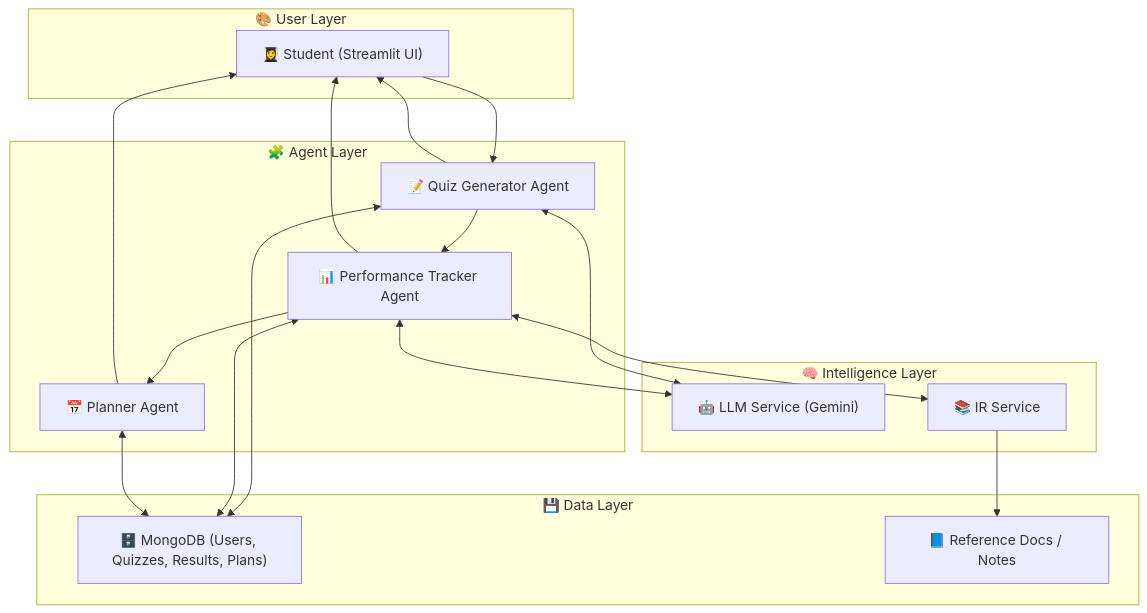
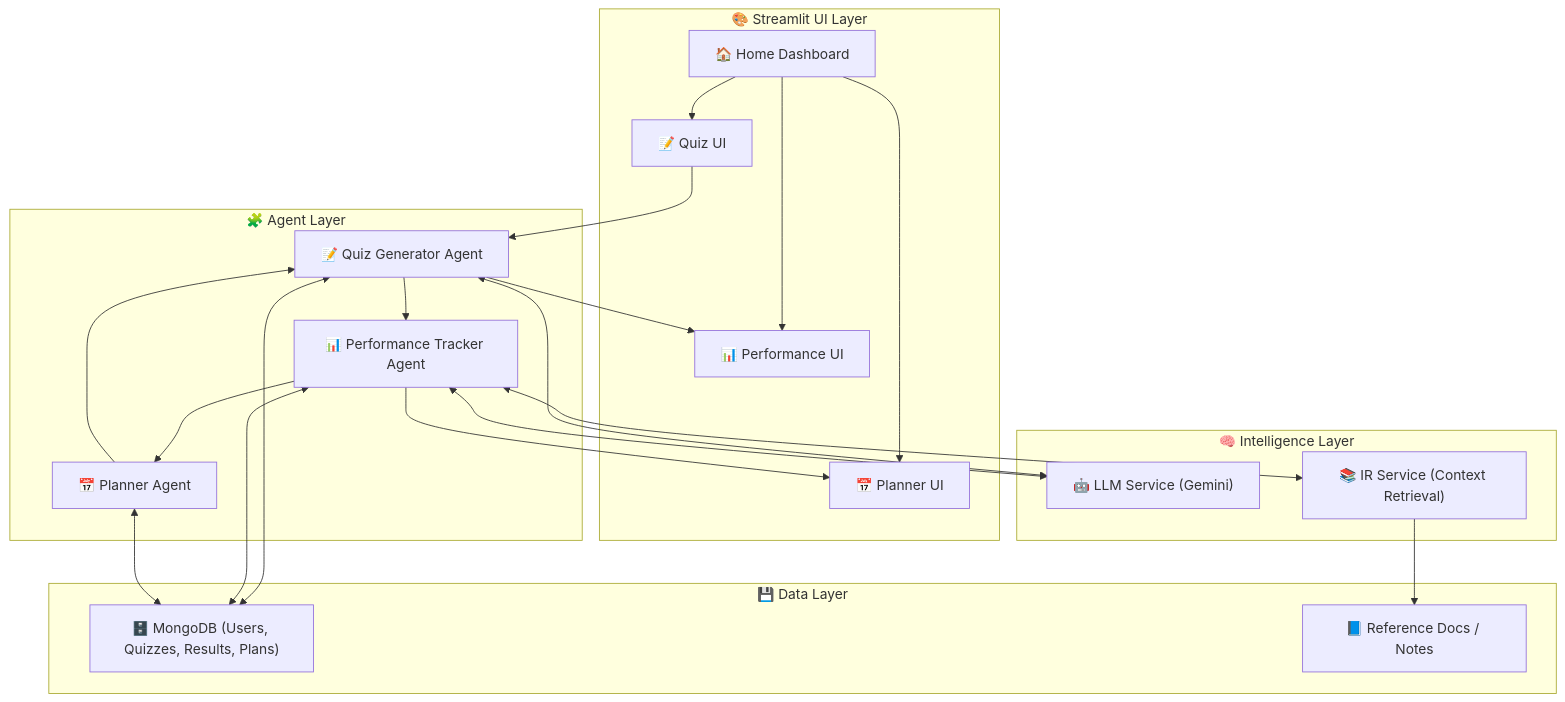
Before and after one commit to LochanaLithira/Adaptive-Exam-Preparation-AI: the diagram in README.md, drawn with Mermaid.

````diff
--- a/README.md
+++ b/README.md
@@ -24,47 +24,58 @@
 ```mermaid
 flowchart TD
-    %% User Layer (Top)
-    subgraph UI["🎨 User Layer"]
-        A["👩‍🎓 Student (Streamlit UI)"]
+    %% User Layer
+    subgraph UI["🎨 Streamlit UI Layer"]
+        UI_Home["🏠 Home Dashboard"]
+        UI_Quiz["📝 Quiz UI"]
+        UI_Performance["📊 Performance UI"]
+        UI_Planner["📅 Planner UI"]
     end
 
-    %% Agent Layer (Middle)
+    %% Agent Layer
     subgraph AGENTS["🧩 Agent Layer"]
-        QG["📝 Quiz Generator Agent"]
-        PT["📊 Performance Tracker Agent"]
-        PL["📅 Planner Agent"]
+        C["📝 Quiz Generator Agent"]
+        D["📊 Performance Tracker Agent"]
+        B["📅 Planner Agent"]
     end
 
-    %% Intelligence Layer (Side)
+    %% Intelligence Layer
     subgraph AI["🧠 Intelligence Layer"]
         LLM["🤖 LLM Service (Gemini)"]
-        IR["📚 IR Service"]
+        IR["📚 IR Service (Context Retrieval)"]
     end
 
-    %% Data Layer (Bottom)
+    %% Data Layer
     subgraph DATA["💾 Data Layer"]
         DB["🗄️ MongoDB (Users, Quizzes, Results, Plans)"]
         DOCS["📘 Reference Docs / Notes"]
     end
 
-    %% Main Flow (straight top to bottom)
-    A --> QG --> PT --> PL
+    %% UI Navigation
+    UI_Home --> UI_Quiz
+    UI_Home --> UI_Performance
+    UI_Home --> UI_Planner
+
+    %% User to Quiz Agent
+    UI_Quiz --> C
+
+    %% Main Agent Flow
+    C --> D
+    D --> B
+    B --> C
 
     %% Feedback to UI
-    QG --> A
-    PT --> A
-    PL --> A
+    C --> UI_Performance
+    D --> UI_Planner
 
-    %% Intelligence connections
-    QG <--> LLM
-    PT <--> LLM
-    PT <--> IR
+    %% Intelligence integration
+    C <--> LLM
+    D <--> LLM
+    D <--> IR
 
     %% Data connections
-    QG <--> DB
-    PT <--> DB
-    PL <--> DB
+    C <--> DB
+    D <--> DB
+    B <--> DB
     IR --> DOCS
 
-
 ```
````
